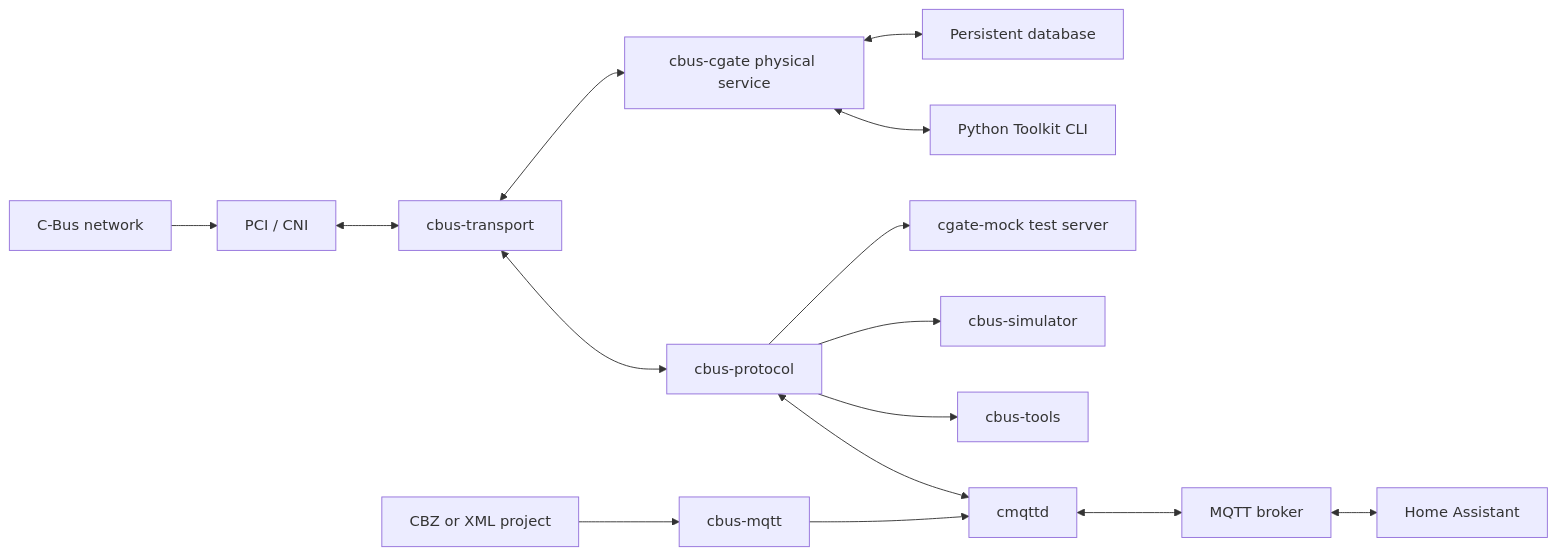
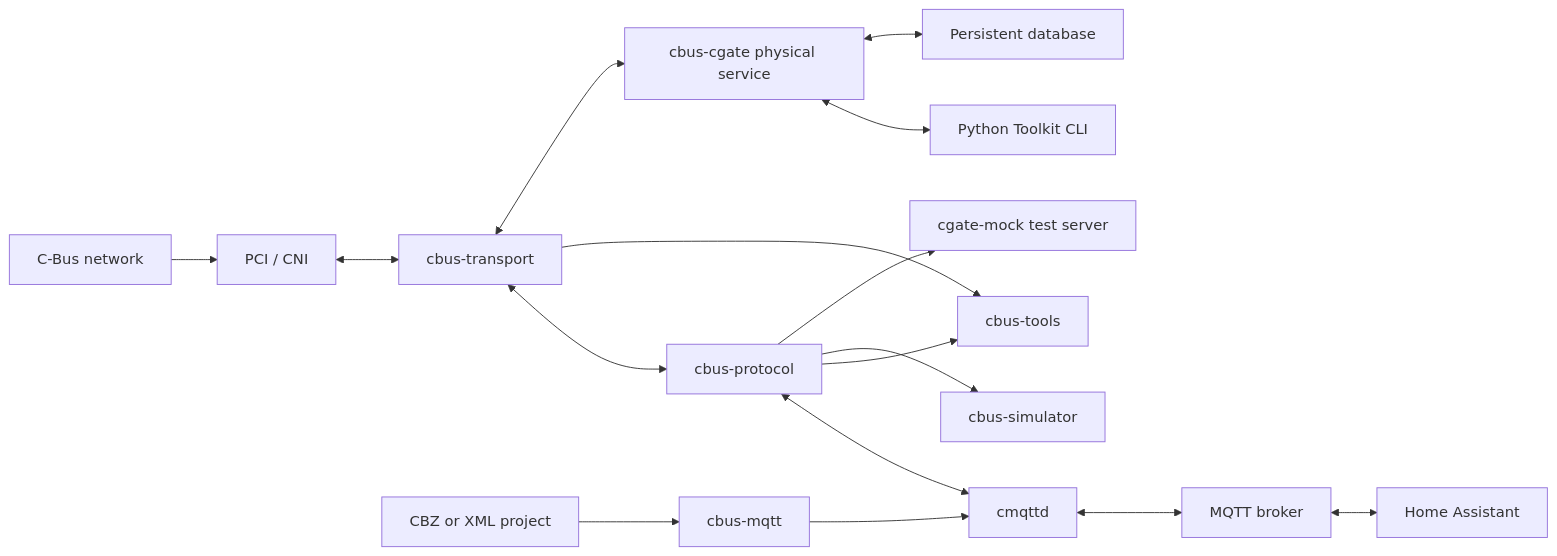
The diagram in docs/architecture.md (mitchell-johnson/cbus), drawn with Mermaid before and after one commit. The commit also changed other lines of this file and 18 other files, not shown here.

````diff
--- a/docs/architecture.md
+++ b/docs/architecture.md
@@ -15,17 +15,18 @@
 ```mermaid
 flowchart LR
     Bus[C-Bus network] --> Endpoint[PCI / CNI]
     Endpoint <--> Transport[cbus-transport]
     Transport <--> Protocol[cbus-protocol]
     Protocol <--> Bridge[cmqttd]
     Bridge <--> MQTT[MQTT broker]
     MQTT <--> HA[Home Assistant]
     Project[CBZ or XML project] --> MQTTLogic[cbus-mqtt]
     MQTTLogic --> Bridge
     Protocol --> Tools[cbus-tools]
+    Transport --> Tools
     Protocol --> Simulator[cbus-simulator]
     Transport <--> CGate[cbus-cgate physical service]
     CGate <--> CLI[Python Toolkit CLI]
     CGate <--> DB[Persistent database]
     Protocol --> Mock[cgate-mock test server]
 ```
````
